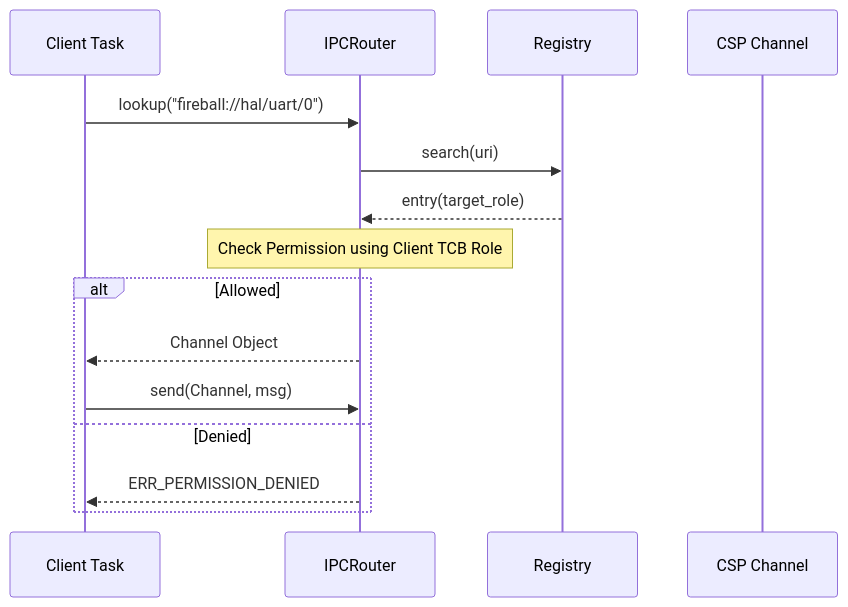
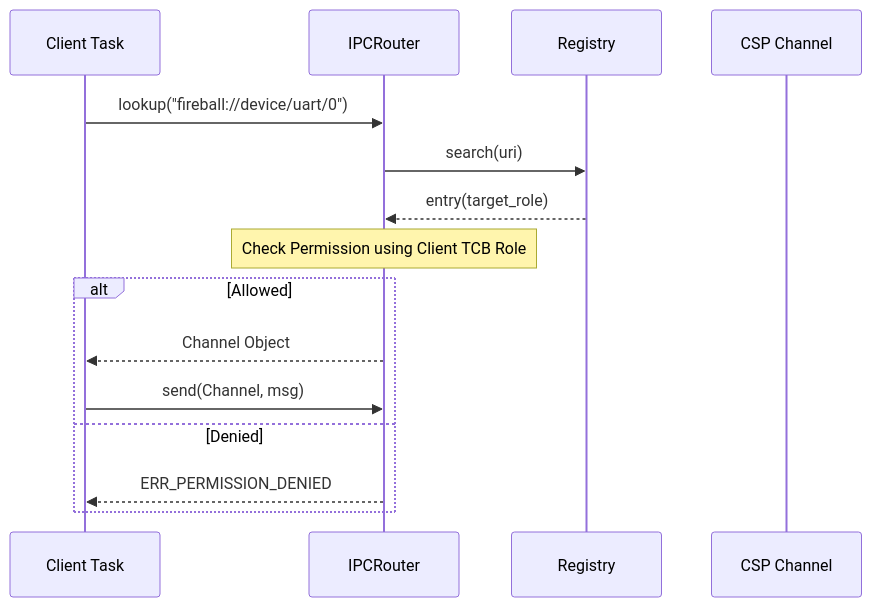
Before and after one commit to kmt-t/fireball: the sixth of 7 diagrams in docs/components/tier1_interface/ipc_router.md, drawn with Mermaid. The commit also changed other lines of this file and 18 other files, not shown here.

Commit message:
docs: harmonize component diagrams, state transitions, and symlinks across specifications

````diff
--- a/docs/components/tier1_interface/ipc_router.md
+++ b/docs/components/tier1_interface/ipc_router.md
@@ -506,18 +507,18 @@
 ```mermaid
 sequenceDiagram
     participant C as Client Task
     participant R as IPCRouter
     participant Reg as Registry
     participant Ch as CSP Channel
 
-    C->>R: lookup("fireball://hal/uart/0")
+    C->>R: lookup("fireball://device/uart/0")
     R->>Reg: search(uri)
     Reg-->>R: entry(target_role)
     Note over R: Check Permission using Client TCB Role
     alt Allowed
         R-->>C: Channel Object
         C->>R: send(Channel, msg)
     else Denied
         R-->>C: ERR_PERMISSION_DENIED
     end
 ```
````
